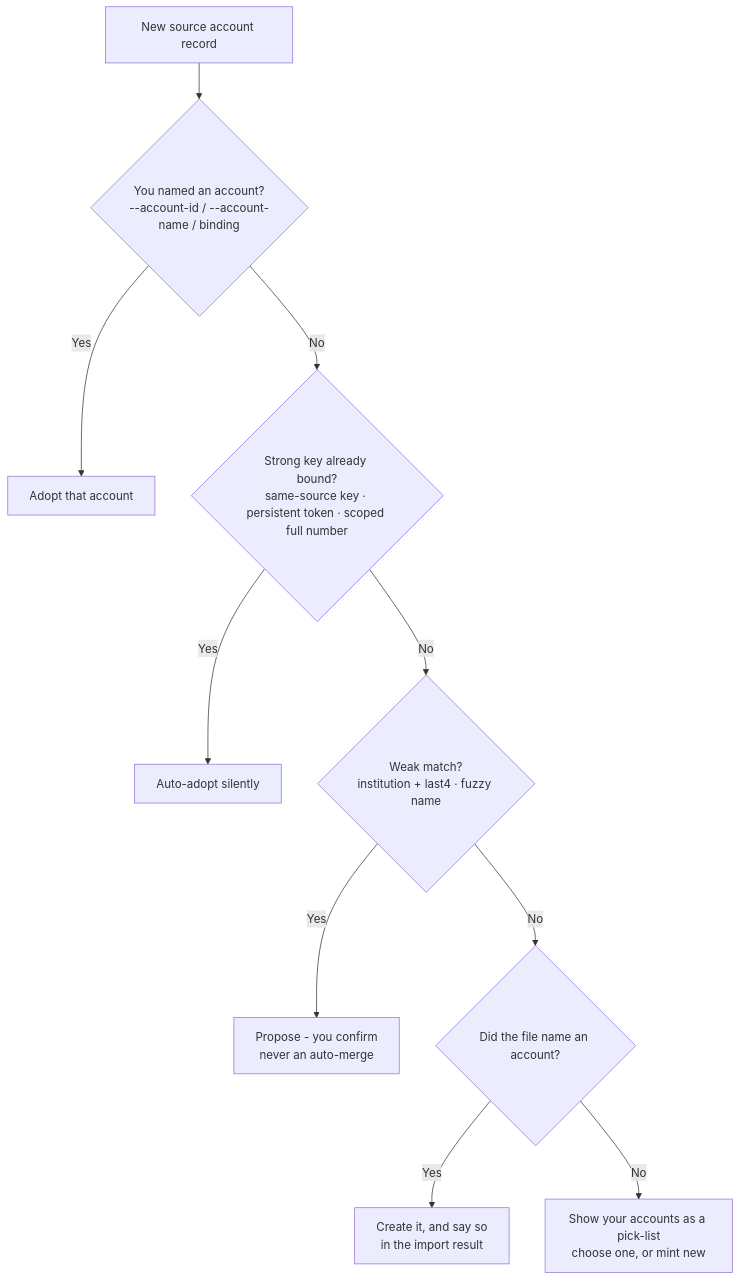
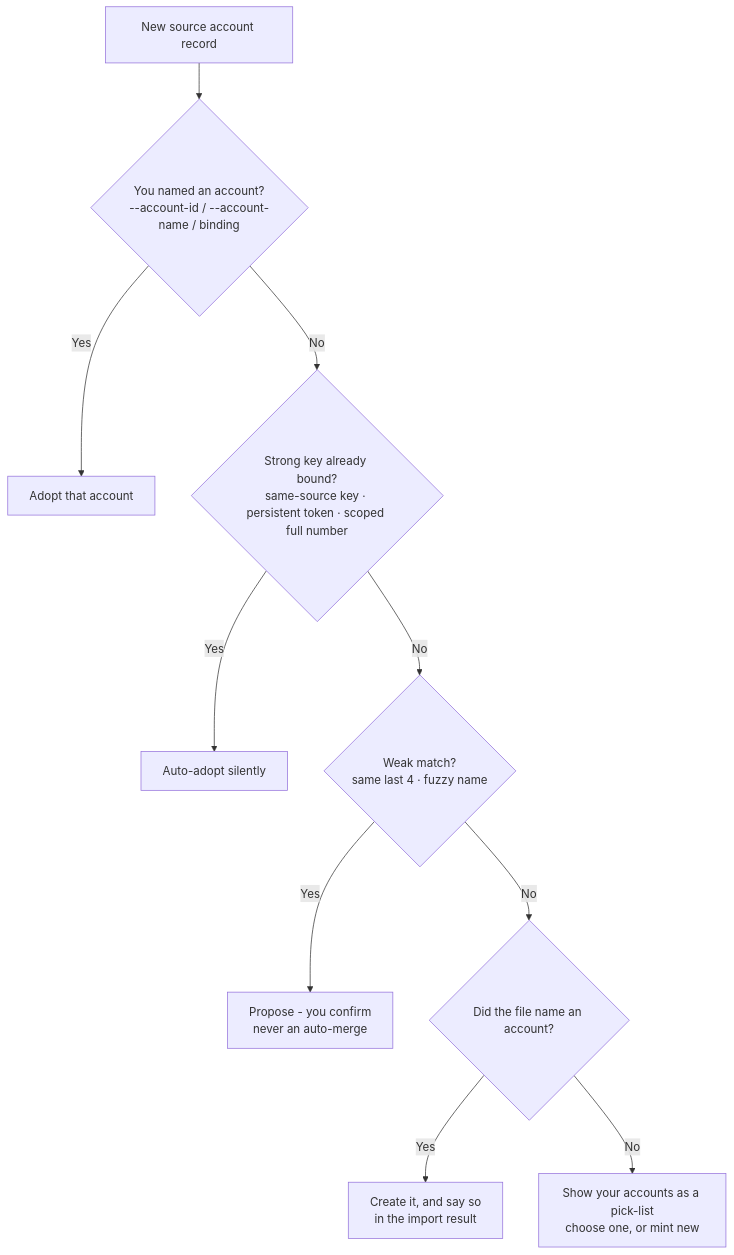
Before and after one commit to bsaffel/moneybin: the diagram in docs/reference/account-matching.md, drawn with Mermaid. The commit also changed other lines of this file and 1 other file, not shown here.

First line of the commit message:
Reconcile the stale last-four fallback paragraph

````diff
--- a/docs/reference/account-matching.md
+++ b/docs/reference/account-matching.md
@@ -34,12 +34,12 @@
 ```mermaid
 flowchart TD
     A[New source account record] --> B{You named an account?<br/>--account-id / --account-name / binding}
     B -->|Yes| ADOPT[Adopt that account]
     B -->|No| C{Strong key already bound?<br/>same-source key · persistent token · scoped full number}
     C -->|Yes| AUTO[Auto-adopt silently]
-    C -->|No| D{Weak match?<br/>institution + last4 · fuzzy name}
+    C -->|No| D{Weak match?<br/>same last 4 · fuzzy name}
     D -->|Yes| REVIEW[Propose - you confirm<br/>never an auto-merge]
     D -->|No| F{Did the file name an account?}
     F -->|Yes| MINT[Create it, and say so<br/>in the import result]
     F -->|No| E[Show your accounts as a pick-list<br/>choose one, or mint new]
 ```
````
